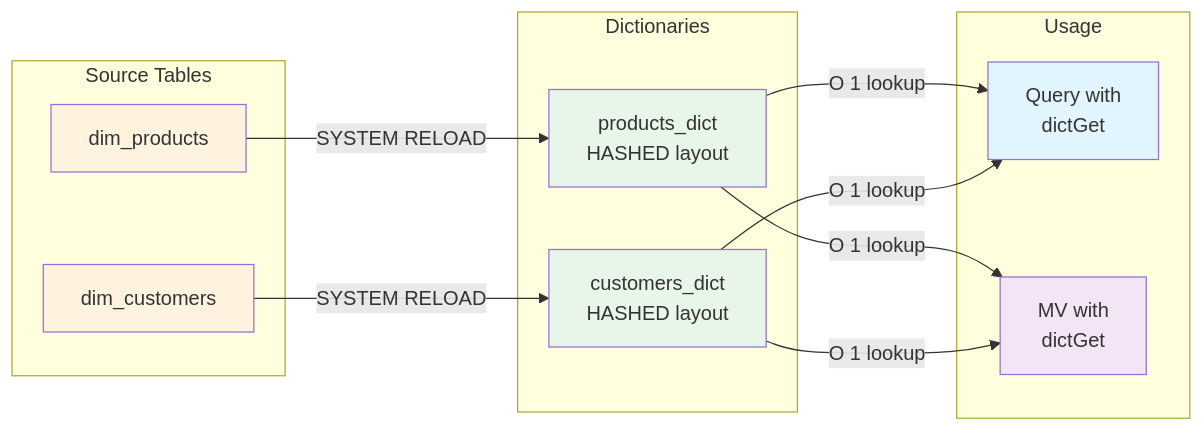
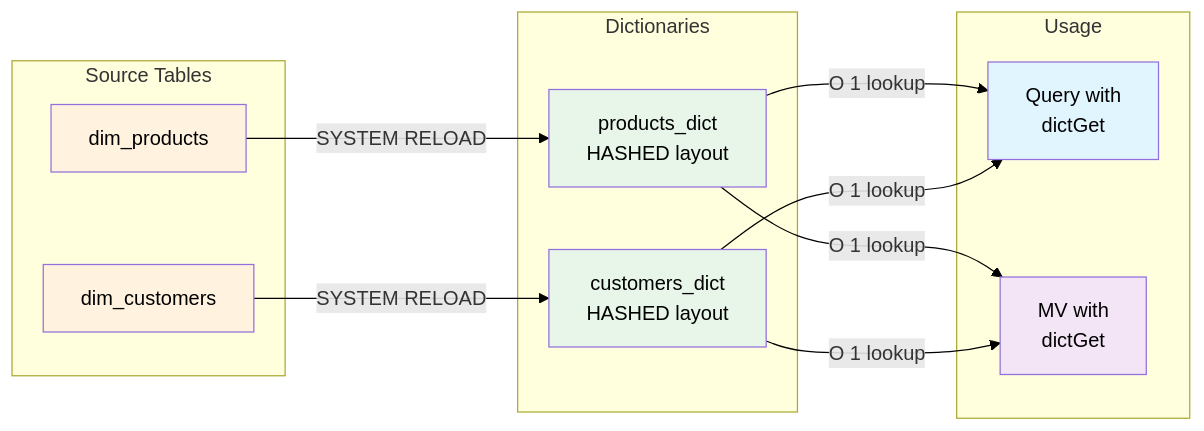
Before and after one commit to ClickHouse/ClickHouse_Demos: the fourth of 6 diagrams in incremental_materialized_views/README.md, drawn with Mermaid. The commit also changed other lines of this file and 15 other files, not shown here.

````diff
--- a/incremental_materialized_views/README.md
+++ b/incremental_materialized_views/README.md
@@ -311,31 +345,32 @@
 ```mermaid
+%%{init: {'themeVariables': {'primaryTextColor': '#000000', 'lineColor': '#000000'}}}%%
 flowchart LR
     subgraph Source Tables
         P[dim_products]
         C[dim_customers]
     end
 
     subgraph Dictionaries
         PD[products_dict<br/>HASHED layout]
         CD[customers_dict<br/>HASHED layout]
     end
 
     subgraph Usage
         Q[Query with<br/>dictGet]
         MV[MV with<br/>dictGet]
     end
 
     P -->|SYSTEM RELOAD| PD
     C -->|SYSTEM RELOAD| CD
     PD -->|O 1 lookup| Q
     CD -->|O 1 lookup| Q
     PD -->|O 1 lookup| MV
     CD -->|O 1 lookup| MV
 
-    style P fill:#fff3e0
-    style C fill:#fff3e0
-    style PD fill:#e8f5e9
-    style CD fill:#e8f5e9
-    style Q fill:#e1f5fe
-    style MV fill:#f3e5f5
+    style P fill:#fff3e0,color:#000000
+    style C fill:#fff3e0,color:#000000
+    style PD fill:#e8f5e9,color:#000000
+    style CD fill:#e8f5e9,color:#000000
+    style Q fill:#e1f5fe,color:#000000
+    style MV fill:#f3e5f5,color:#000000
 ```
````
